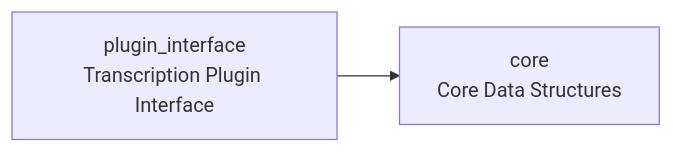
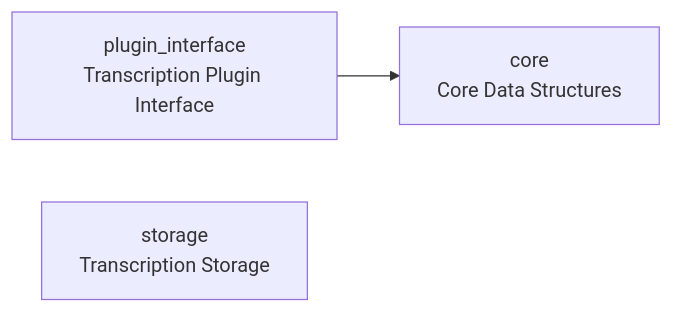
One commit to cj-mills/cjm-transcription-plugin-system changed the diagram in README.md. Above: the diagram before and after it, drawn with Mermaid. The commit also changed other lines of this file and 4 other files, not shown here.

Commit message:
Add standardized SQLite storage for transcription results with content hashing.

````diff
--- a/README.md
+++ b/README.md
@@ -22,7 +23,8 @@
 ``` mermaid
 graph LR
     core[core<br/>Core Data Structures]
     plugin_interface[plugin_interface<br/>Transcription Plugin Interface]
+    storage[storage<br/>Transcription Storage]
 
     plugin_interface --> core
 ```
````
